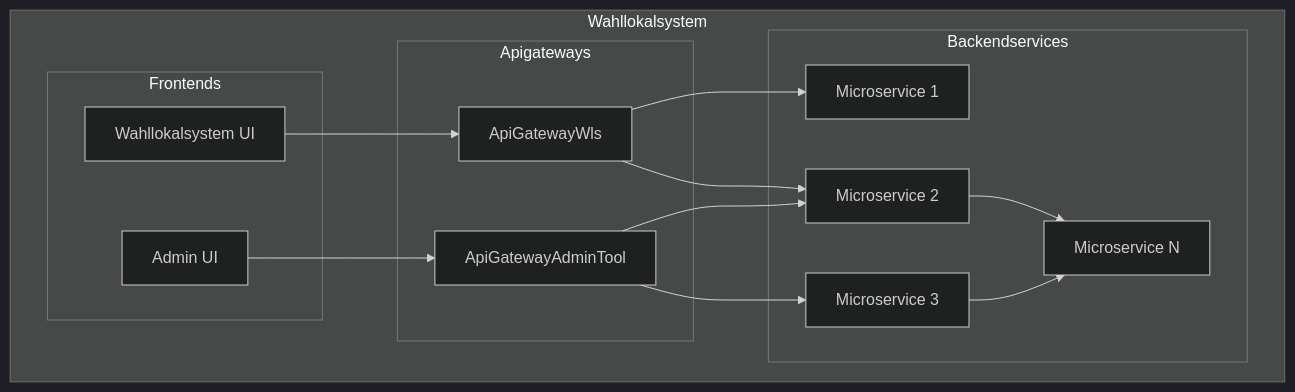
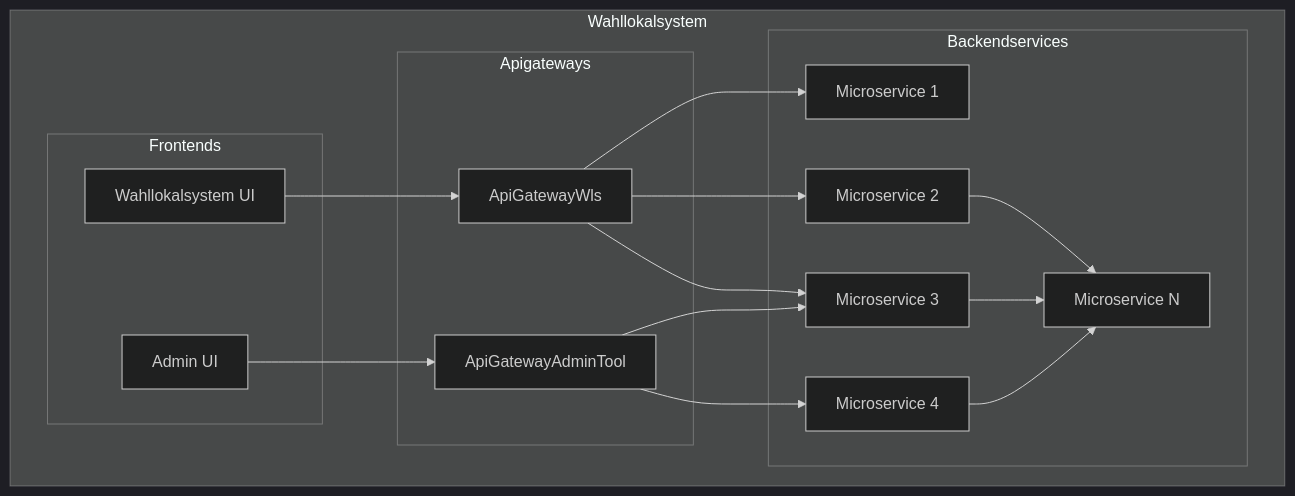
The second of 2 diagrams in docs/src/technik/systemspecification/index.md (it-at-m/Wahllokalsystem), drawn with Mermaid (dark theme) before and after one commit.

Commit message:
change service in example to get backend services subtitle better readable

````diff
--- a/docs/src/technik/systemspecification/index.md
+++ b/docs/src/technik/systemspecification/index.md
@@ -24,35 +24,37 @@
 ```mermaid
 
 flowchart TD
 
     subgraph Wahllokalsystem    
         subgraph Frontends
             wls[Wahllokalsystem UI]
             admin[Admin UI]
         end
     
         subgraph Apigateways
             apiGwWls[ApiGatewayWls]
             apiGwAdmin[ApiGatewayAdminTool]
         end
     
         subgraph Backendservices
             ms1[Microservice 1]
             ms2[Microservice 2]
             ms3[Microservice 3]
+            ms4[Microservice 4]
             msn[Microservice N]
         end
     end
 
     wls --> apiGwWls
     admin --> apiGwAdmin
 
     apiGwWls --> ms1
     apiGwWls --> ms2
-
-    apiGwAdmin --> ms2
+    apiGwWls --> ms3
+    
     apiGwAdmin --> ms3
-
+    apiGwAdmin --> ms4
     ms2 --> msn
     ms3 --> msn
+    ms4 --> msn
 ```
````
